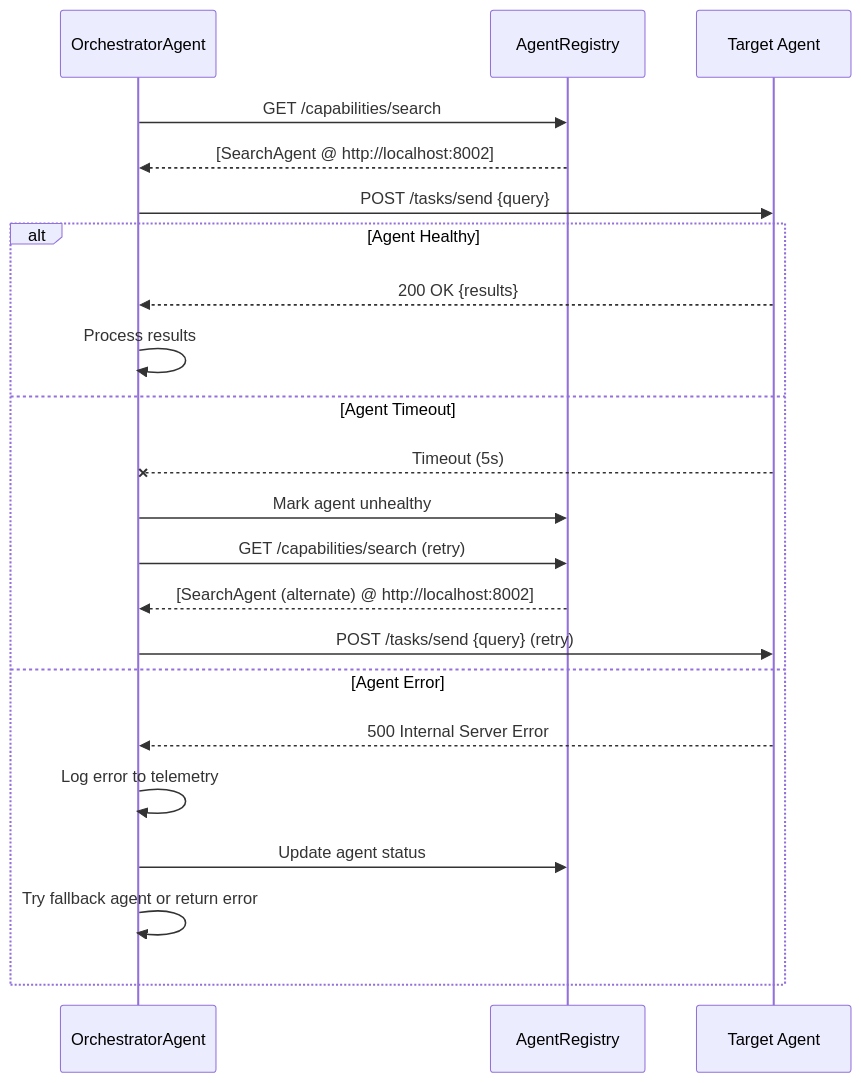
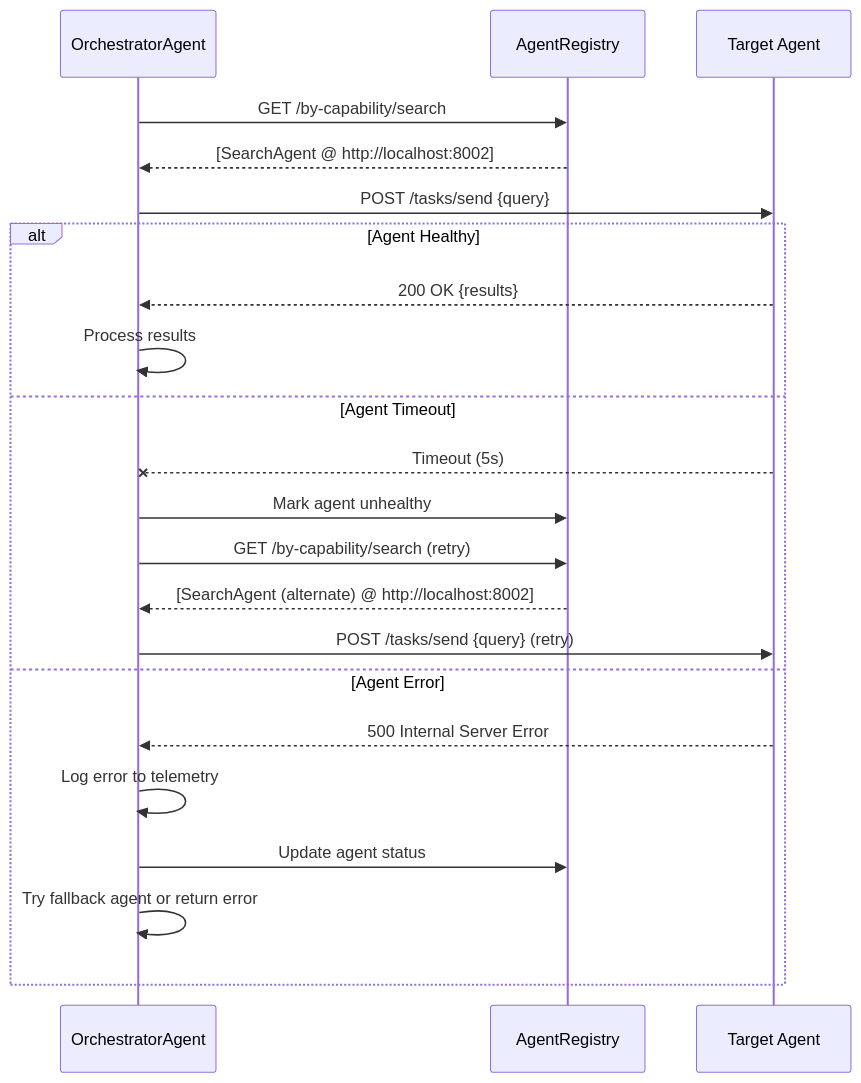
Before and after one commit to amit-jain/cogniverse: the seventh of 8 diagrams in docs/architecture/multi-agent-interactions.md, drawn with Mermaid. The commit also changed other lines of this file and 50 other files, not shown here.

````diff
--- a/docs/architecture/multi-agent-interactions.md
+++ b/docs/architecture/multi-agent-interactions.md
@@ -454,27 +454,27 @@
 ```mermaid
 sequenceDiagram
     participant Orch as OrchestratorAgent
     participant Registry as AgentRegistry
     participant Agent as Target Agent
 
-    Orch->>Registry: GET /capabilities/search
+    Orch->>Registry: GET /by-capability/search
     Registry-->>Orch: [SearchAgent @ http://localhost:8002]
 
     Orch->>Agent: POST /tasks/send {query}
 
     alt Agent Healthy
         Agent-->>Orch: 200 OK {results}
         Orch->>Orch: Process results
     else Agent Timeout
         Agent--xOrch: Timeout (5s)
         Orch->>Registry: Mark agent unhealthy
-        Orch->>Registry: GET /capabilities/search (retry)
+        Orch->>Registry: GET /by-capability/search (retry)
         Registry-->>Orch: [SearchAgent (alternate) @ http://localhost:8002]
         Orch->>Agent: POST /tasks/send {query} (retry)
     else Agent Error
         Agent-->>Orch: 500 Internal Server Error
         Orch->>Orch: Log error to telemetry
         Orch->>Registry: Update agent status
         Orch->>Orch: Try fallback agent or return error
     end
 ```
````
